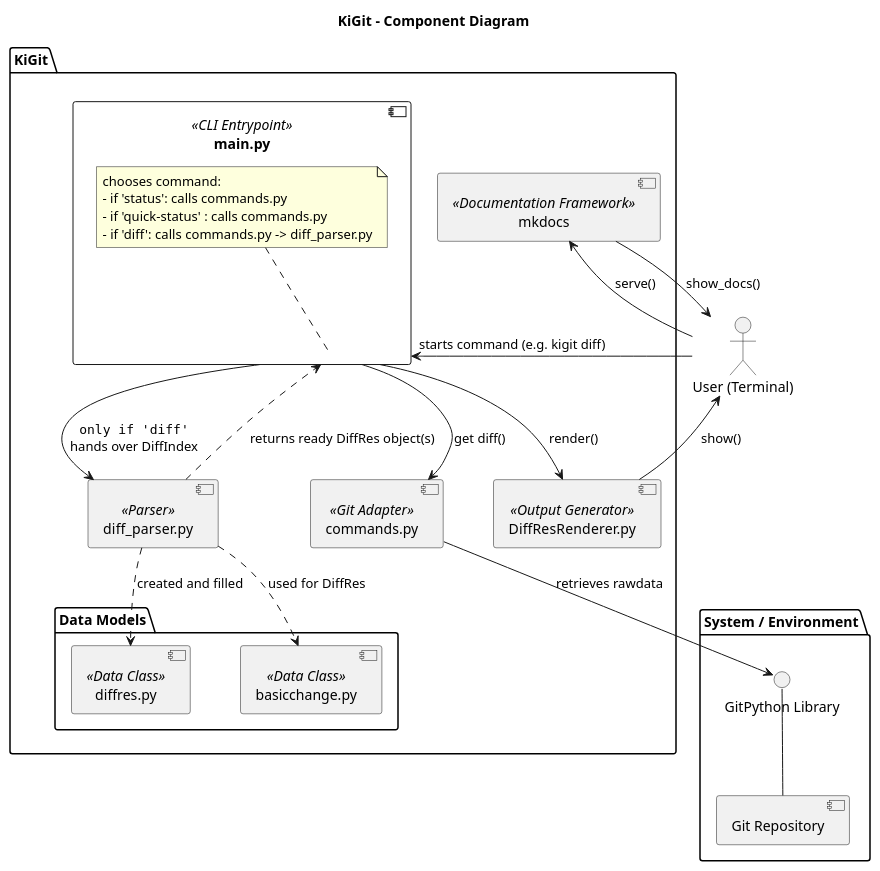
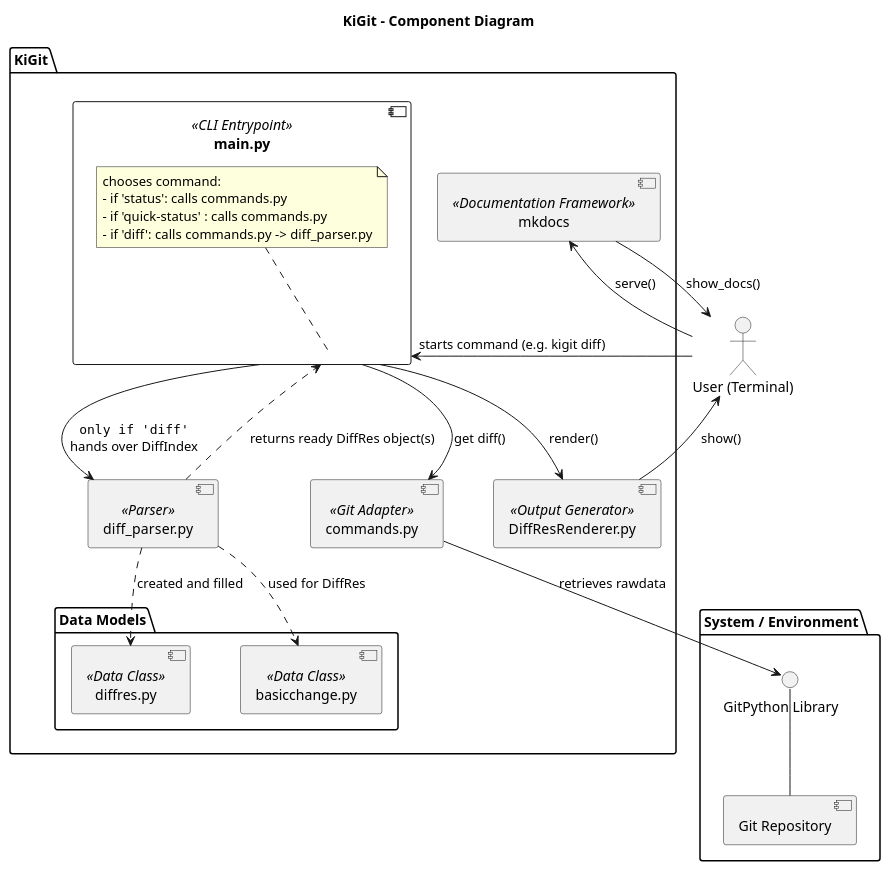
One commit to Ddragon1000/KiGit-AutoIntern-Team-Projektkopie- changed the diagram in KiGit/graphs/component_diagram.puml. Above: the diagram before and after it, drawn with PlantUML.

Commit message:
changed spacing of 'GitPython Library'

```diff
--- a/KiGit/graphs/component_diagram.puml
+++ b/KiGit/graphs/component_diagram.puml
@@ -1,64 +1,64 @@
 @startuml "Component Diagram KiGit"
 'layout optimization
 'spacing between layer
 skinparam ranksep 50
 'spacing between elements on same layer
 skinparam nodesep 50
 'spacing between each arrow/liens
 skinparam linetype orhto 
 'alternative polyline
 
 
 title KiGit - Component Diagram
 
 'left to right direction
 
 actor "User (Terminal)" as user
 
 package "KiGit" {
 	component [main.py] as main <<CLI Entrypoint>> {
 		note top of main
 			chooses command:
 			- if 'status': calls commands.py
 			- if 'quick-status' : calls commands.py
 			- if 'diff': calls commands.py -> diff_parser.py
 		end note
 	}
 	component [commands.py] as commands <<Git Adapter>>
 	component [diff_parser.py] as parser <<Parser>>
 
 	package "Data Models" {
 		component [diffres.py] as diffres <<Data Class>>
 		component [basicchange.py] as basicchange <<Data Class>>
 	}
 
 	component [DiffResRenderer.py] as renderer <<Output Generator>>
 
 	component [mkdocs] as docs <<Documentation Framework>>
 }
 
 package "System / Environment" {
 	[Git Repository] as gitrepo
-	() "GitPython Library" as gitpy
+	() "GitPython Library     " as gitpy
 }
 
 user --> main : starts command (e.g. kigit diff)
 
 main --> commands : get diff()
 commands --> gitpy : retrieves rawdata
 gitpy -- gitrepo
 
 main --> parser : ""only if 'diff'""\nhands over DiffIndex
 
 parser ..> diffres : created and filled
 parser ..> basicchange : used for DiffRes
 
 parser ..> main : returns ready DiffRes object(s)
 
 main --> renderer : render()
 renderer --> user : show()
 
 user --> docs : serve()
 docs --> user : show_docs()
 
 @enduml
```
